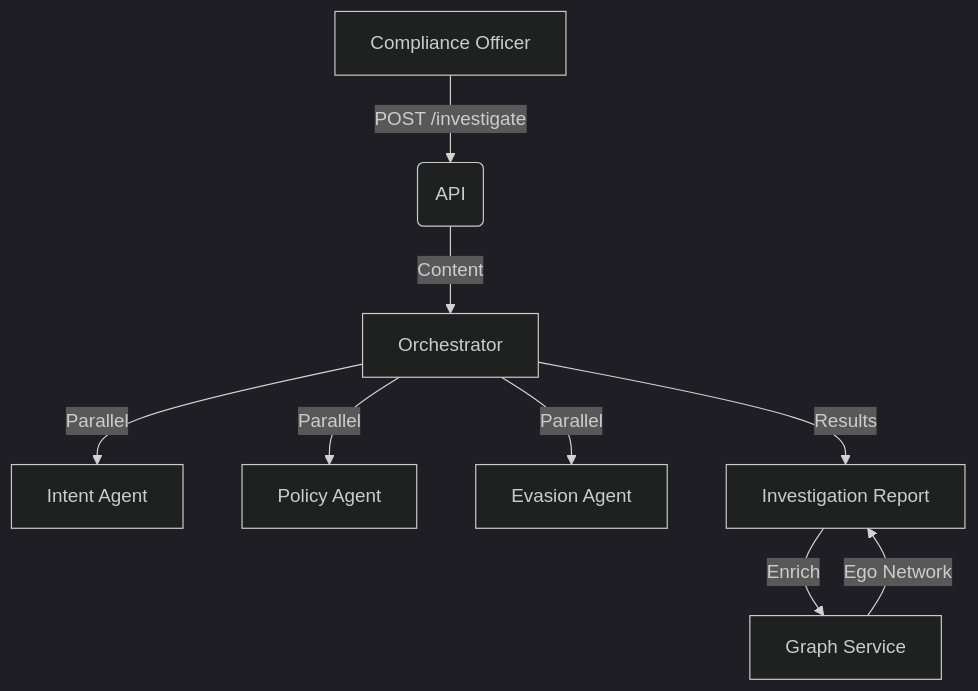
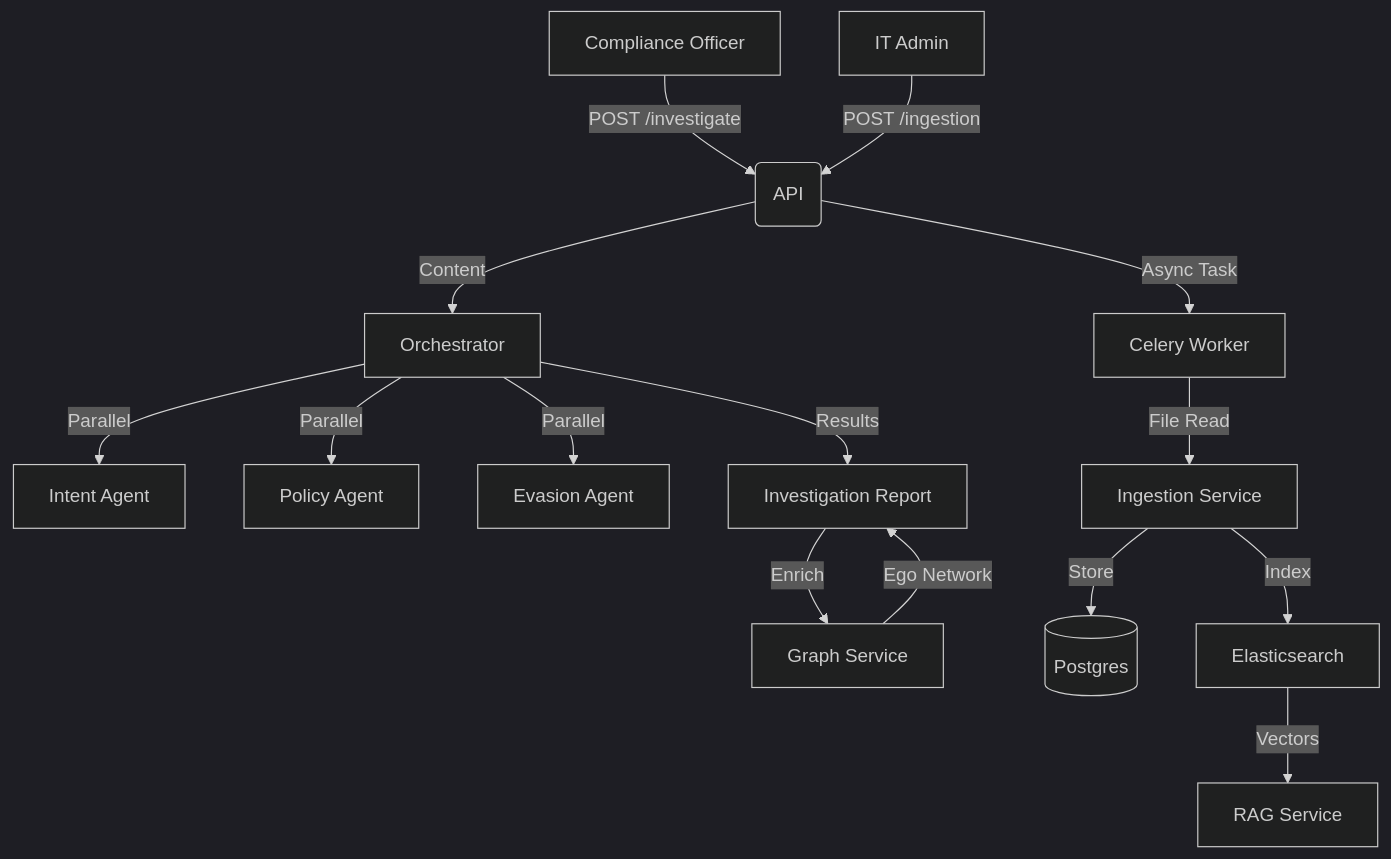
The diagram in backend/modules/domains/b2b/bank_surveillance/docs/technical/architecture.md (nkumar15/communication-analysis), drawn with Mermaid (dark theme) before and after one commit. The commit also changed other lines of this file and 13 other files, not shown here.

Commit message:
feat: Implement asynchronous daily dump ingestion for bank surveillance, including new API routes, Celery tasks, and logging.

````diff
--- a/backend/modules/domains/b2b/bank_surveillance/docs/technical/architecture.md
+++ b/backend/modules/domains/b2b/bank_surveillance/docs/technical/architecture.md
@@ -5,11 +5,18 @@
 ```mermaid
 graph TD
     A[Compliance Officer] -->|POST /investigate| B(API)
     B -->|Content| C[Orchestrator]
     C -->|Parallel| D[Intent Agent]
     C -->|Parallel| E[Policy Agent]
     C -->|Parallel| F[Evasion Agent]
     C -->|Results| G[Investigation Report]
     G -->|Enrich| H[Graph Service]
     H -->|Ego Network| G
+
+    I[IT Admin] -->|POST /ingestion| B
+    B -->|Async Task| J[Celery Worker]
+    J -->|File Read| K[Ingestion Service]
+    K -->|Store| L[(Postgres)]
+    K -->|Index| M[Elasticsearch]
+    M -->|Vectors| N[RAG Service]
 ```
````
